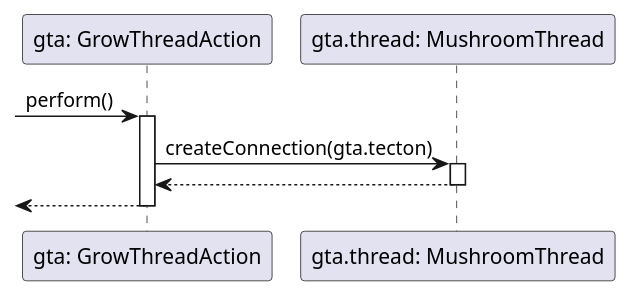
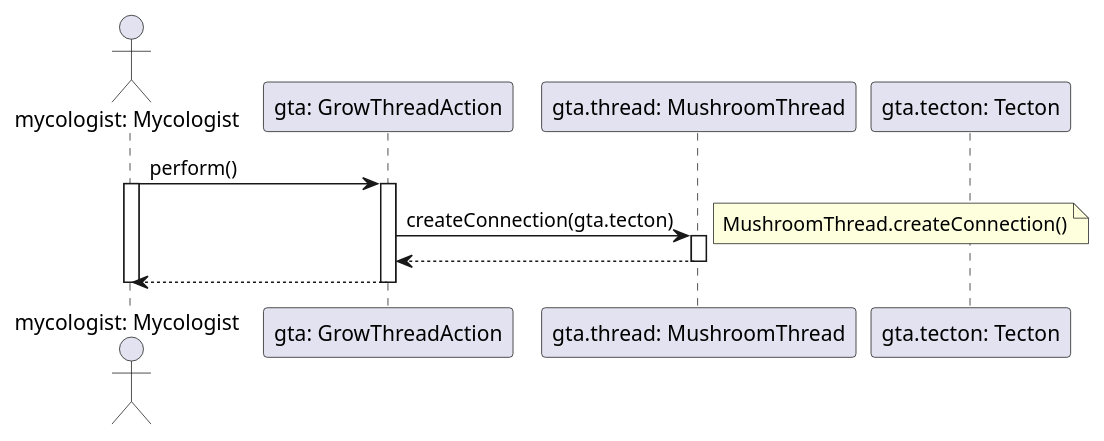
The diagram in diagrams/sequence/action/growThreadAction.wsd (dzsem/projlab), drawn with PlantUML before and after one commit.

Commit message:
Fixed action/growThreadAction

```diff
--- a/diagrams/sequence/action/growThreadAction.wsd
+++ b/diagrams/sequence/action/growThreadAction.wsd
@@ -1,14 +1,22 @@
 @startuml Grow Thread Action
+actor "mycologist: Mycologist" as mycologist
 participant "gta: GrowThreadAction" as gta
 participant "gta.thread: MushroomThread" as mt
+participant "gta.tecton: Tecton" as t
 
--> gta: perform()
+mycologist -> gta: perform()
+activate mycologist
 activate gta
+
 gta -> mt: createConnection(gta.tecton)
 activate mt
+note right: MushroomThread.createConnection()
+
 mt --> gta
 deactivate mt
-<-- gta
+
+mycologist <-- gta
 deactivate gta
+deactivate mycologist
 
 @enduml
```
